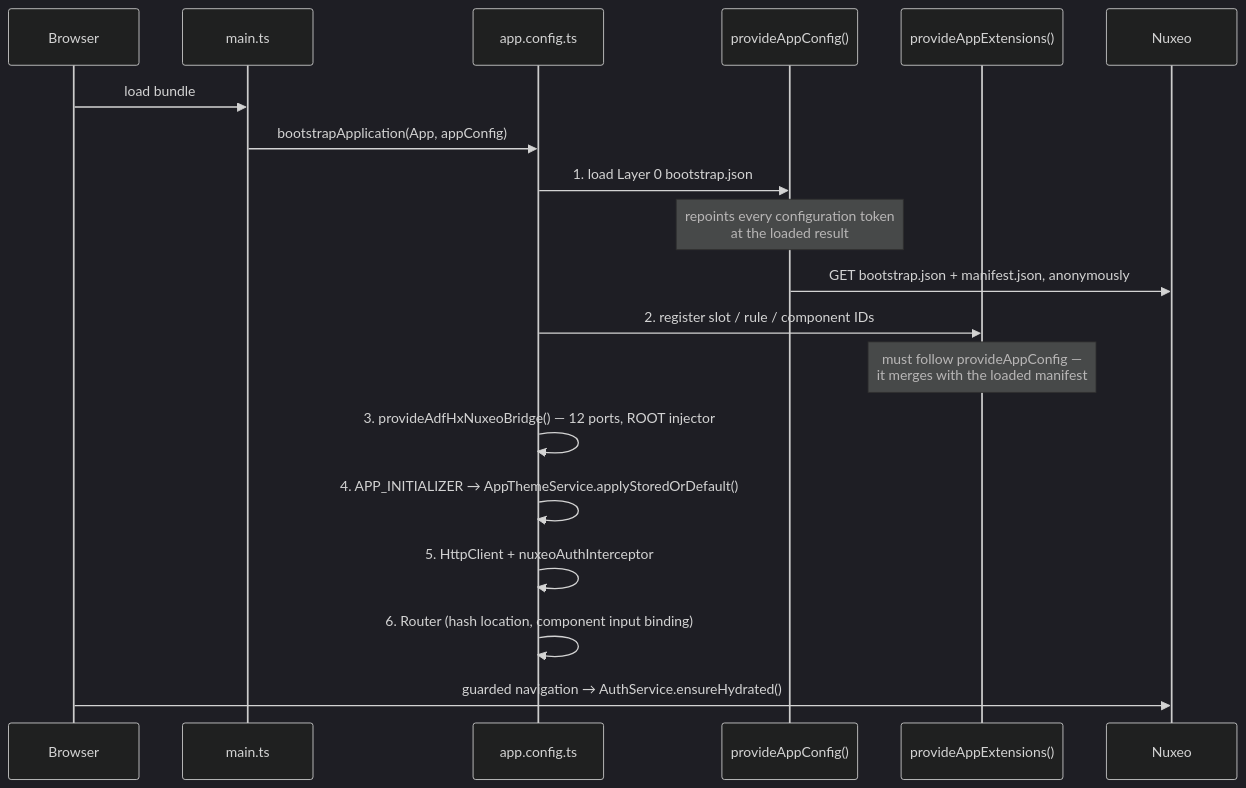
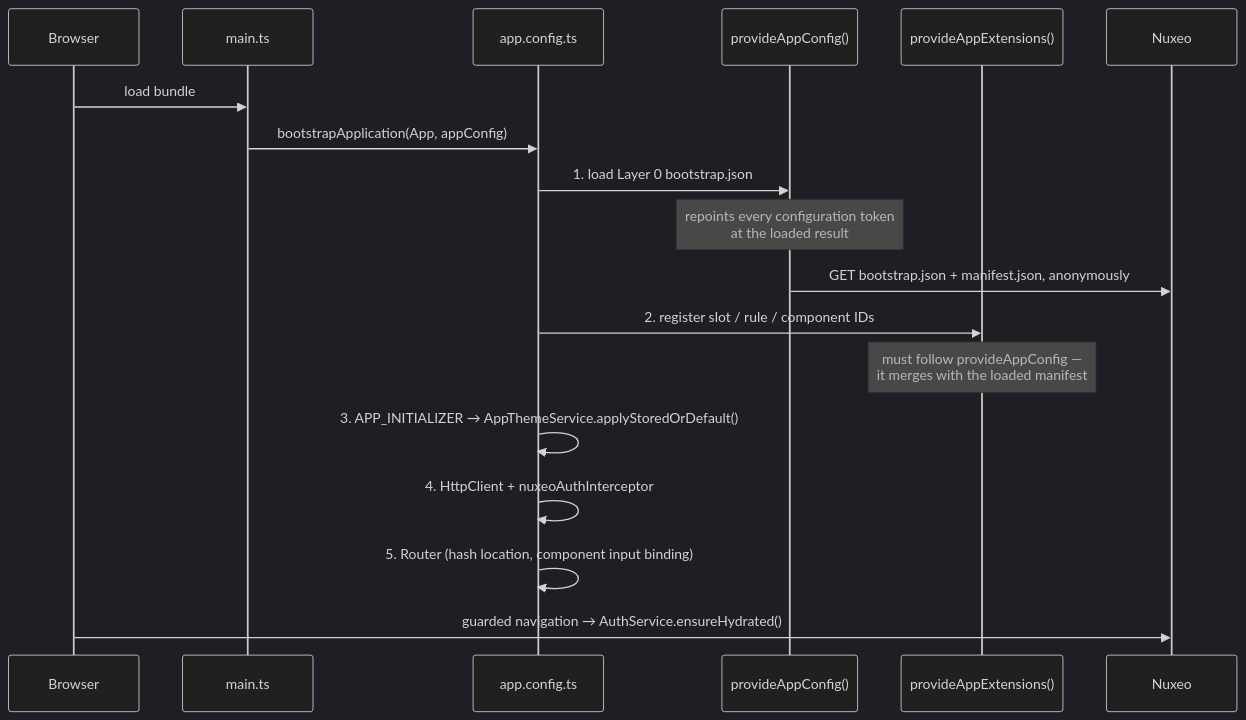
The second of 7 diagrams in documentation/30-engineering/02-architecture.md (nuxeo/Nuxeo-Satori-UI), drawn with Mermaid (dark theme) before and after one commit. The commit also changed other lines of this file and 15 other files, not shown here.

````diff
--- a/documentation/30-engineering/02-architecture.md
+++ b/documentation/30-engineering/02-architecture.md
@@ -112,22 +113,21 @@
 ```mermaid
 sequenceDiagram
   participant B as Browser
   participant M as main.ts
   participant C as app.config.ts
   participant Cfg as provideAppConfig()
   participant Ext as provideAppExtensions()
   participant N as Nuxeo
 
   B->>M: load bundle
   M->>C: bootstrapApplication(App, appConfig)
   C->>Cfg: 1. load Layer 0 bootstrap.json
   Note over Cfg: repoints every configuration token<br/>at the loaded result
   Cfg->>N: GET bootstrap.json + manifest.json, anonymously
   C->>Ext: 2. register slot / rule / component IDs
   Note over Ext: must follow provideAppConfig —<br/>it merges with the loaded manifest
-  C->>C: 3. provideAdfHxNuxeoBridge() — 12 ports, ROOT injector
-  C->>C: 4. APP_INITIALIZER → AppThemeService.applyStoredOrDefault()
-  C->>C: 5. HttpClient + nuxeoAuthInterceptor
-  C->>C: 6. Router (hash location, component input binding)
+  C->>C: 3. APP_INITIALIZER → AppThemeService.applyStoredOrDefault()
+  C->>C: 4. HttpClient + nuxeoAuthInterceptor
+  C->>C: 5. Router (hash location, component input binding)
   B->>N: guarded navigation → AuthService.ensureHydrated()
 ```
````
